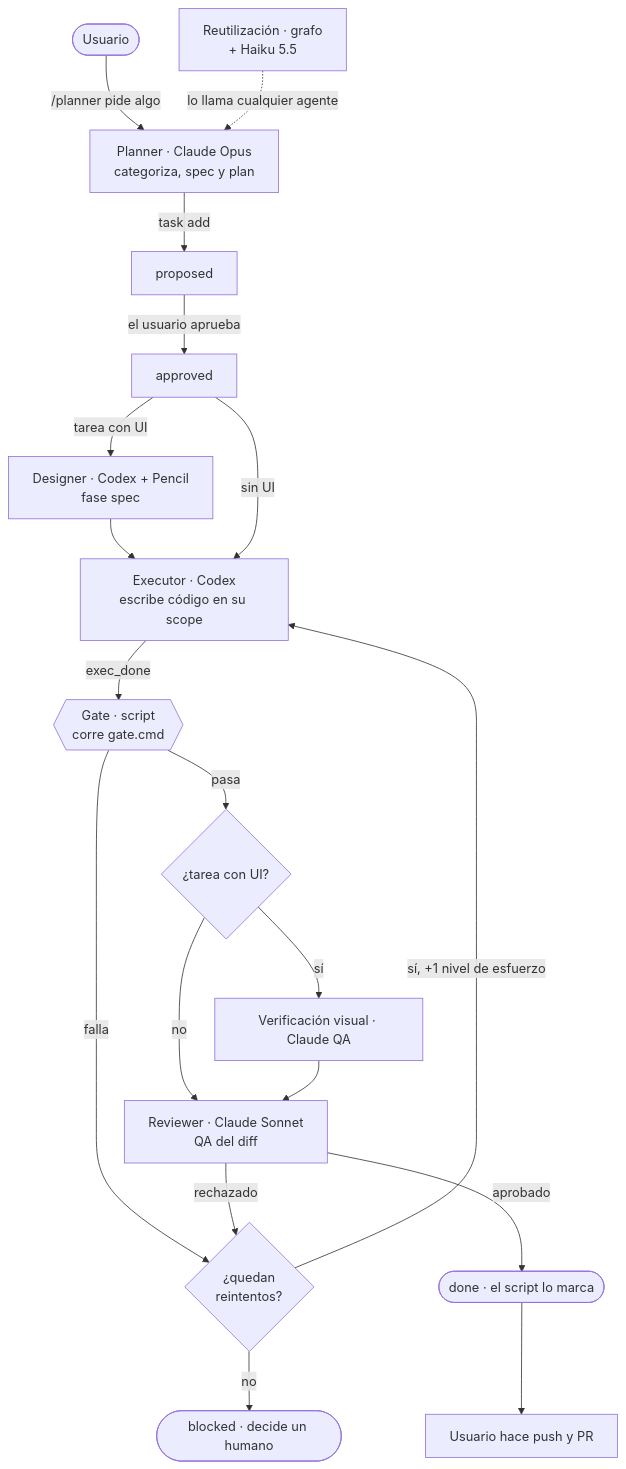
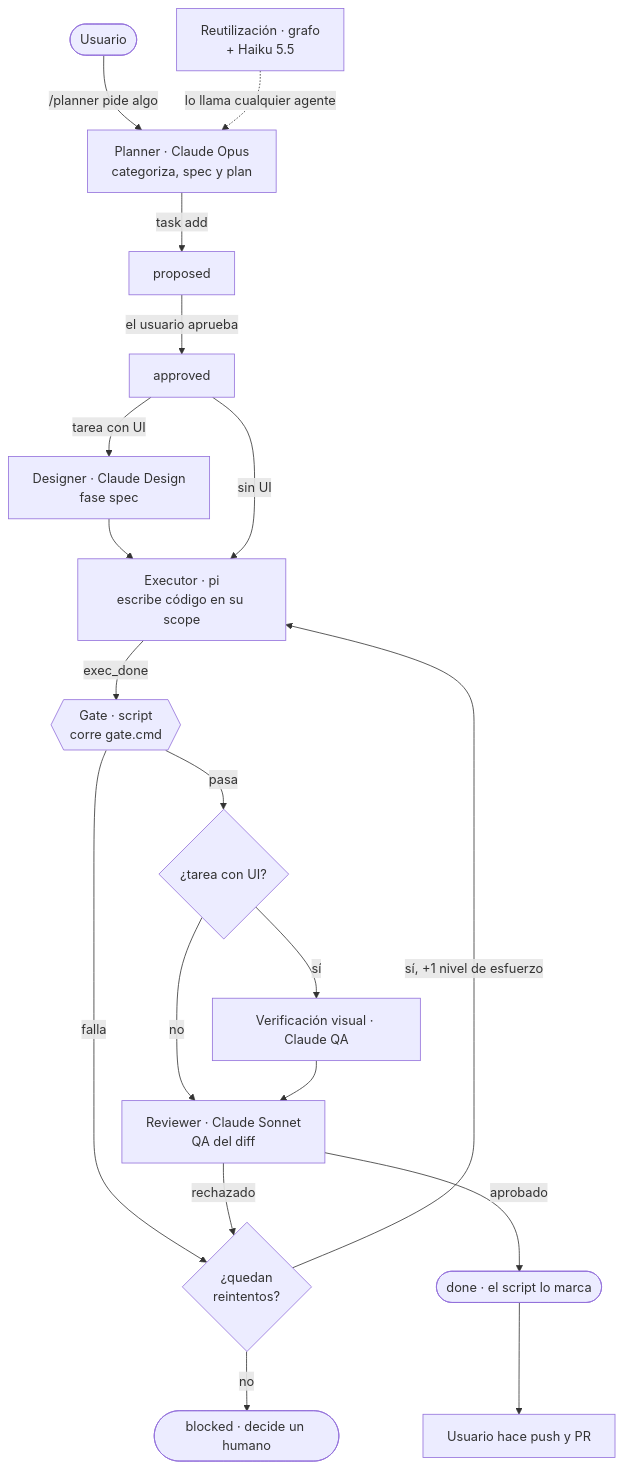
One commit to EstebanBedoya/Harnessssss changed the diagram in software-engineer/README.md. Above: the diagram before and after it, drawn with Mermaid. The commit also changed other lines of this file and 18 other files, not shown here.

````diff
--- a/software-engineer/README.md
+++ b/software-engineer/README.md
@@ -21,27 +21,27 @@
 ```mermaid
 flowchart TD
     U([Usuario]) -->|/planner pide algo| P[Planner · Claude Opus<br/>categoriza, spec y plan]
     P -->|task add| PR[proposed]
     PR -->|el usuario aprueba| AP[approved]
 
-    AP -->|tarea con UI| D[Designer · Codex + Pencil<br/>fase spec]
+    AP -->|tarea con UI| D[Designer · Claude Design<br/>fase spec]
     D --> EX
-    AP -->|sin UI| EX[Executor · Codex<br/>escribe código en su scope]
+    AP -->|sin UI| EX[Executor · pi<br/>escribe código en su scope]
 
     EX -->|exec_done| G{{Gate · script<br/>corre gate.cmd}}
     G -->|falla| RT{¿quedan<br/>reintentos?}
     G -->|pasa| UI{¿tarea con UI?}
 
     UI -->|sí| V[Verificación visual · Claude QA]
     UI -->|no| R
     V --> R[Reviewer · Claude Sonnet<br/>QA del diff]
 
     R -->|aprobado| DONE([done · el script lo marca])
     R -->|rechazado| RT
     RT -->|sí, +1 nivel de esfuerzo| EX
     RT -->|no| B([blocked · decide un humano])
 
     DONE --> PUSH[Usuario hace push y PR]
 
     X[Reutilización · grafo<br/>+ Haiku 5.5] -.->|lo llama cualquier agente| P
 ```
````
